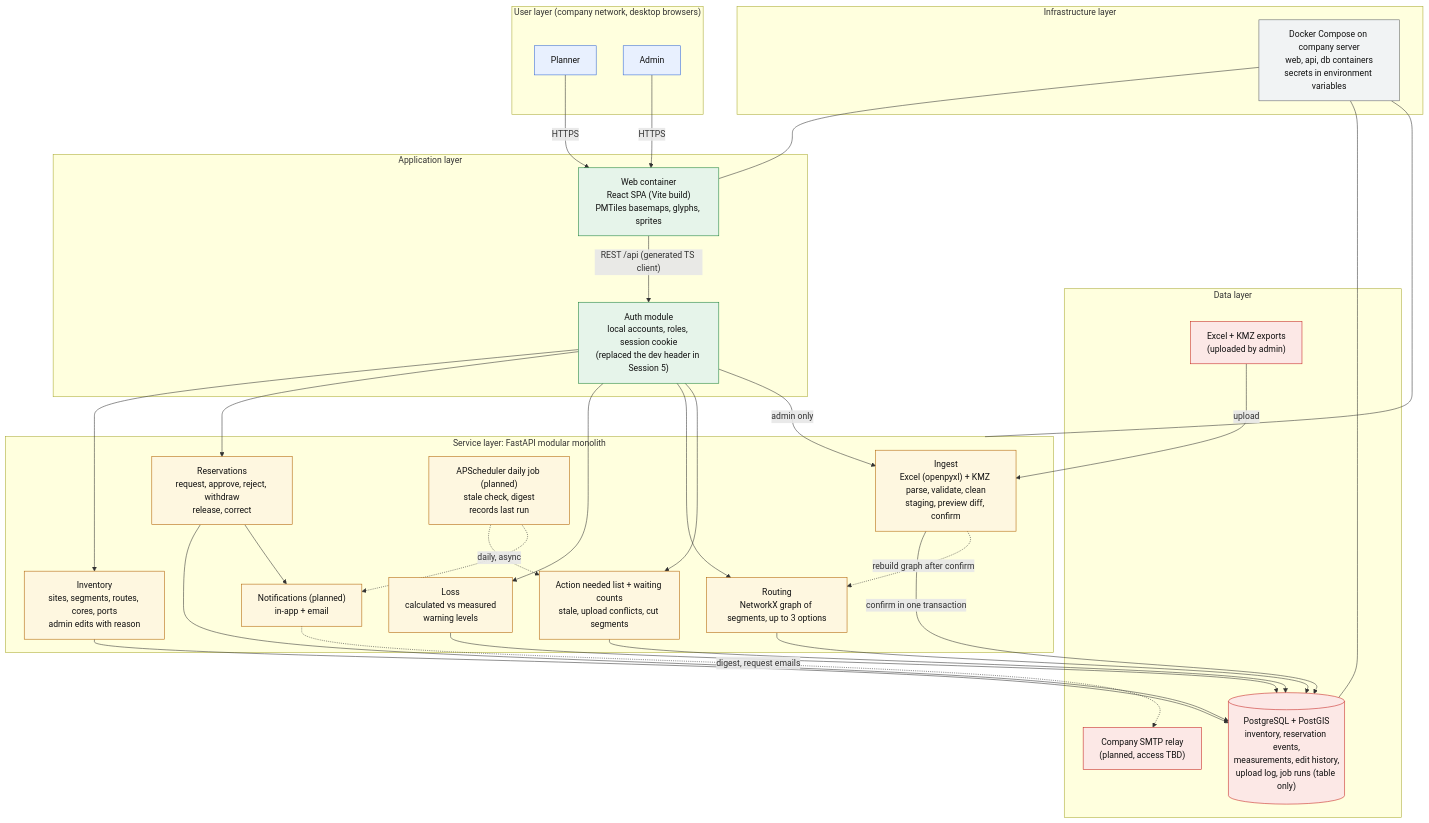
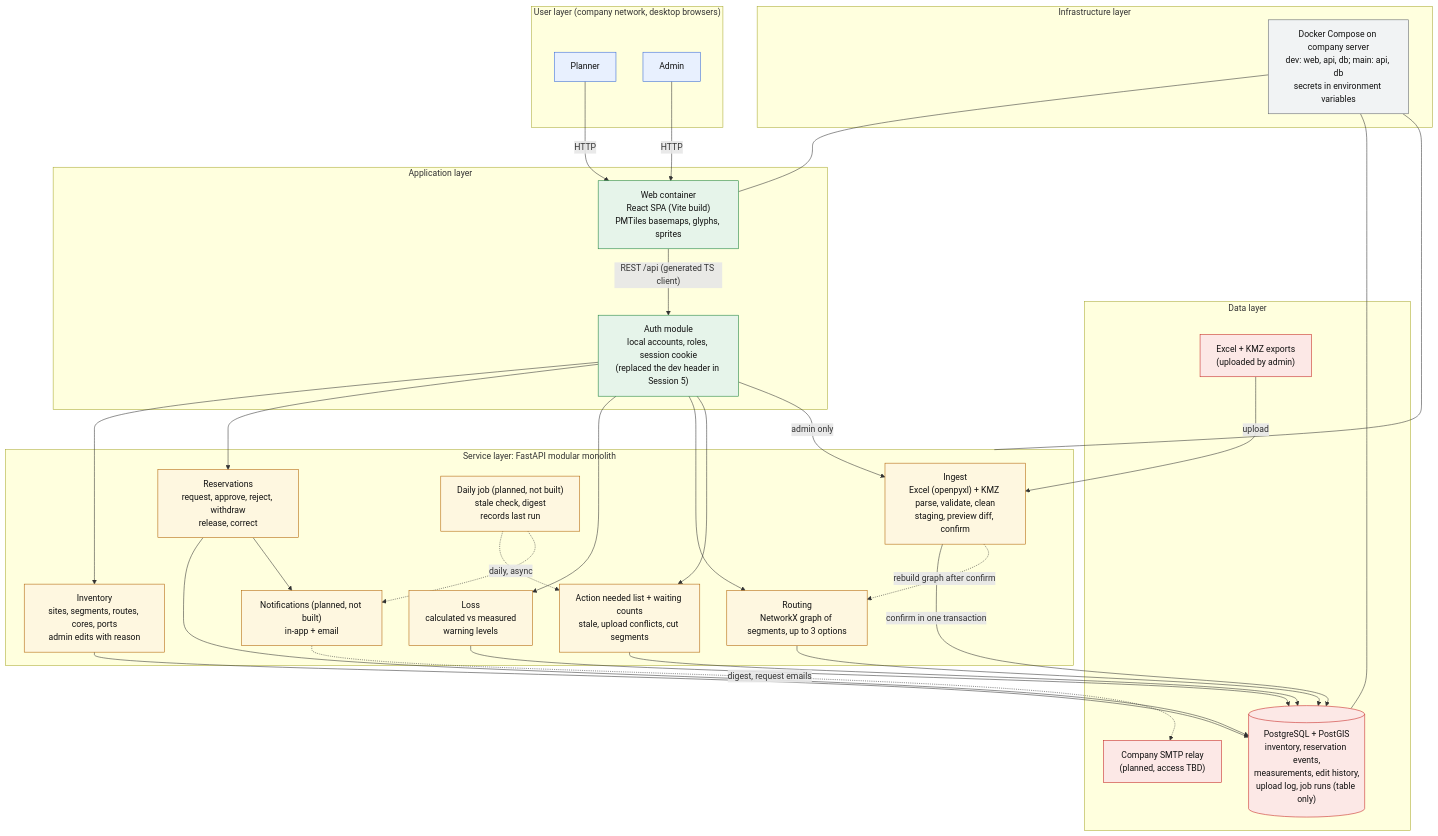
One commit to Pilths/fiber changed the diagram in docs/architecture.md. Above: the diagram before and after it, drawn with Mermaid. The commit also changed other lines of this file and 8 other files, not shown here.

First line of the commit message:
Roadmap 12, 13, 16, 17: env reads in one place, one-segment KMZ, purge expired sessions, architecture doc

````diff
--- a/docs/architecture.md
+++ b/docs/architecture.md
@@ -27,59 +27,59 @@
 ```mermaid
 flowchart TB
   subgraph USER["User layer (company network, desktop browsers)"]
     P["Planner"]
     A["Admin"]
   end
 
   subgraph APP["Application layer"]
     WEB["Web container<br/>React SPA (Vite build)<br/>PMTiles basemaps, glyphs, sprites"]
     AUTH["Auth module<br/>local accounts, roles, session cookie<br/>(replaced the dev header in Session 5)"]
   end
 
   subgraph SVC["Service layer: FastAPI modular monolith"]
     INGEST["Ingest<br/>Excel (openpyxl) + KMZ parse, validate, clean<br/>staging, preview diff, confirm"]
     INV["Inventory<br/>sites, segments, routes, cores, ports<br/>admin edits with reason"]
     RES["Reservations<br/>request, approve, reject, withdraw<br/>release, correct"]
     LOSS["Loss<br/>calculated vs measured<br/>warning levels"]
     ROUTE["Routing<br/>NetworkX graph of segments, up to 3 options"]
     REVIEW["Action needed list + waiting counts<br/>stale, upload conflicts, cut segments"]
-    JOB["APScheduler daily job (planned)<br/>stale check, digest<br/>records last run"]
-    NOTIFY["Notifications (planned)<br/>in-app + email"]
+    JOB["Daily job (planned, not built)<br/>stale check, digest<br/>records last run"]
+    NOTIFY["Notifications (planned, not built)<br/>in-app + email"]
   end
 
   subgraph DATA["Data layer"]
     PG[("PostgreSQL + PostGIS<br/>inventory, reservation events,<br/>measurements, edit history,<br/>upload log, job runs (table only)")]
     FILES["Excel + KMZ exports<br/>(uploaded by admin)"]
     SMTP["Company SMTP relay<br/>(planned, access TBD)"]
   end
 
   subgraph INFRA["Infrastructure layer"]
-    DC["Docker Compose on company server<br/>web, api, db containers<br/>secrets in environment variables"]
+    DC["Docker Compose on company server<br/>dev: web, api, db; main: api, db<br/>secrets in environment variables"]
   end
 
-  P -->|HTTPS| WEB
-  A -->|HTTPS| WEB
+  P -->|HTTP| WEB
+  A -->|HTTP| WEB
   WEB -->|"REST /api (generated TS client)"| AUTH
   AUTH --> INV & RES & LOSS & ROUTE & REVIEW
   AUTH -->|admin only| INGEST
   FILES -->|upload| INGEST
   INGEST -->|confirm in one transaction| PG
   INV & RES & LOSS & ROUTE & REVIEW --> PG
   RES --> NOTIFY
   JOB -.->|daily, async| REVIEW
   JOB -.-> NOTIFY
   NOTIFY -.->|digest, request emails| SMTP
   INGEST -.->|rebuild graph after confirm| ROUTE
   DC --- WEB & SVC & PG
 
   classDef user fill:#e8f0fe,stroke:#3367d6,color:#111
   classDef app fill:#e6f4ea,stroke:#188038,color:#111
   classDef svc fill:#fef7e0,stroke:#b06000,color:#111
   classDef data fill:#fce8e6,stroke:#c5221f,color:#111
   classDef infra fill:#f1f3f4,stroke:#5f6368,color:#111
   class P,A user
   class WEB,AUTH app
   class INGEST,INV,RES,LOSS,ROUTE,REVIEW,JOB,NOTIFY svc
   class PG,FILES,SMTP data
   class DC infra
 ```
````
